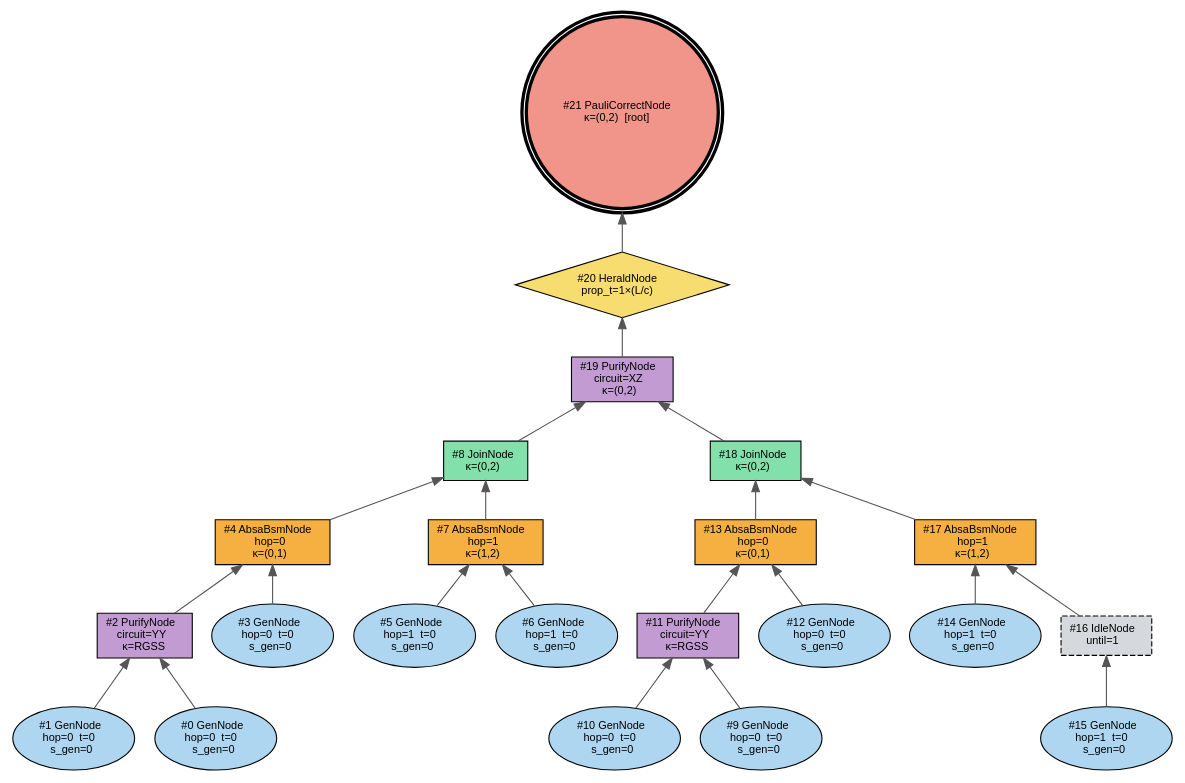
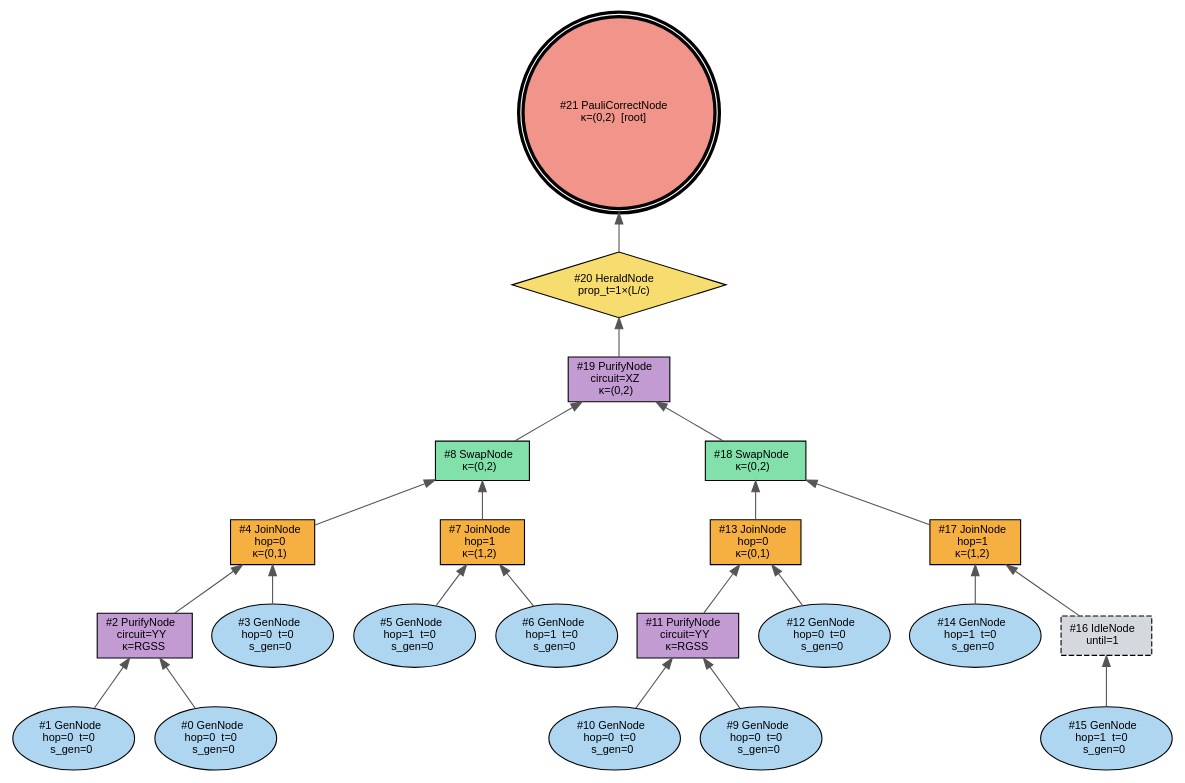
One commit to EliottFlechtner/entanglement-purification-scheduler changed the diagram in outputs/worked_example_n2/dag.dot. Above: the diagram before and after it, drawn with Graphviz. The commit also changed 22 other files, not shown here.

Commit message:
chore: rename AbsaBsmNode into JoinNode and JoinNode into SwapNode for clarity (in code)

```diff
--- a/outputs/worked_example_n2/dag.dot
+++ b/outputs/worked_example_n2/dag.dot
@@ -1,48 +1,48 @@
 digraph Sigma_N2_example {
     rankdir="BT";
     node [fontname="Helvetica", fontsize=10];
     edge [fontname="Helvetica", fontsize=9, color="#555555"];
     n0 [label=<#0 GenNode<BR/>hop=0  t=0<BR/>s_gen=0>, shape=ellipse, style="filled", fillcolor="#AED6F1", penwidth=1];
     n1 [label=<#1 GenNode<BR/>hop=0  t=0<BR/>s_gen=0>, shape=ellipse, style="filled", fillcolor="#AED6F1", penwidth=1];
     n2 [label=<#2 PurifyNode<BR/>circuit=YY<BR/>κ=RGSS>, shape=box, style="filled", fillcolor="#C39BD3", penwidth=1];
     n3 [label=<#3 GenNode<BR/>hop=0  t=0<BR/>s_gen=0>, shape=ellipse, style="filled", fillcolor="#AED6F1", penwidth=1];
-    n4 [label=<#4 AbsaBsmNode<BR/>hop=0<BR/>κ=(0,1)>, shape=box, style="filled", fillcolor="#F5B041", penwidth=1];
+    n4 [label=<#4 JoinNode<BR/>hop=0<BR/>κ=(0,1)>, shape=box, style="filled", fillcolor="#F5B041", penwidth=1];
     n5 [label=<#5 GenNode<BR/>hop=1  t=0<BR/>s_gen=0>, shape=ellipse, style="filled", fillcolor="#AED6F1", penwidth=1];
     n6 [label=<#6 GenNode<BR/>hop=1  t=0<BR/>s_gen=0>, shape=ellipse, style="filled", fillcolor="#AED6F1", penwidth=1];
-    n7 [label=<#7 AbsaBsmNode<BR/>hop=1<BR/>κ=(1,2)>, shape=box, style="filled", fillcolor="#F5B041", penwidth=1];
-    n8 [label=<#8 JoinNode<BR/>κ=(0,2)>, shape=box, style="filled", fillcolor="#82E0AA", penwidth=1];
+    n7 [label=<#7 JoinNode<BR/>hop=1<BR/>κ=(1,2)>, shape=box, style="filled", fillcolor="#F5B041", penwidth=1];
+    n8 [label=<#8 SwapNode<BR/>κ=(0,2)>, shape=box, style="filled", fillcolor="#82E0AA", penwidth=1];
     n9 [label=<#9 GenNode<BR/>hop=0  t=0<BR/>s_gen=0>, shape=ellipse, style="filled", fillcolor="#AED6F1", penwidth=1];
     n10 [label=<#10 GenNode<BR/>hop=0  t=0<BR/>s_gen=0>, shape=ellipse, style="filled", fillcolor="#AED6F1", penwidth=1];
     n11 [label=<#11 PurifyNode<BR/>circuit=YY<BR/>κ=RGSS>, shape=box, style="filled", fillcolor="#C39BD3", penwidth=1];
     n12 [label=<#12 GenNode<BR/>hop=0  t=0<BR/>s_gen=0>, shape=ellipse, style="filled", fillcolor="#AED6F1", penwidth=1];
-    n13 [label=<#13 AbsaBsmNode<BR/>hop=0<BR/>κ=(0,1)>, shape=box, style="filled", fillcolor="#F5B041", penwidth=1];
+    n13 [label=<#13 JoinNode<BR/>hop=0<BR/>κ=(0,1)>, shape=box, style="filled", fillcolor="#F5B041", penwidth=1];
     n14 [label=<#14 GenNode<BR/>hop=1  t=0<BR/>s_gen=0>, shape=ellipse, style="filled", fillcolor="#AED6F1", penwidth=1];
     n15 [label=<#15 GenNode<BR/>hop=1  t=0<BR/>s_gen=0>, shape=ellipse, style="filled", fillcolor="#AED6F1", penwidth=1];
     n16 [label=<#16 IdleNode<BR/>until=1>, shape=box, style="filled,dashed", fillcolor="#D5D8DC", penwidth=1];
-    n17 [label=<#17 AbsaBsmNode<BR/>hop=1<BR/>κ=(1,2)>, shape=box, style="filled", fillcolor="#F5B041", penwidth=1];
-    n18 [label=<#18 JoinNode<BR/>κ=(0,2)>, shape=box, style="filled", fillcolor="#82E0AA", penwidth=1];
+    n17 [label=<#17 JoinNode<BR/>hop=1<BR/>κ=(1,2)>, shape=box, style="filled", fillcolor="#F5B041", penwidth=1];
+    n18 [label=<#18 SwapNode<BR/>κ=(0,2)>, shape=box, style="filled", fillcolor="#82E0AA", penwidth=1];
     n19 [label=<#19 PurifyNode<BR/>circuit=XZ<BR/>κ=(0,2)>, shape=box, style="filled", fillcolor="#C39BD3", penwidth=1];
     n20 [label=<#20 HeraldNode<BR/>prop_t=1×(L/c)>, shape=diamond, style="filled", fillcolor="#F7DC6F", penwidth=1];
     n21 [label=<#21 PauliCorrectNode<BR/>κ=(0,2)  [root]>, shape=doublecircle, style="filled", fillcolor="#F1948A", penwidth=3];
     n0 -> n2;
     n1 -> n2;
     n2 -> n4;
     n3 -> n4;
     n5 -> n7;
     n6 -> n7;
     n4 -> n8;
     n7 -> n8;
     n9 -> n11;
     n10 -> n11;
     n11 -> n13;
     n12 -> n13;
     n15 -> n16;
     n14 -> n17;
     n16 -> n17;
     n13 -> n18;
     n17 -> n18;
     n8 -> n19;
     n18 -> n19;
     n19 -> n20;
     n20 -> n21;
 }
```
